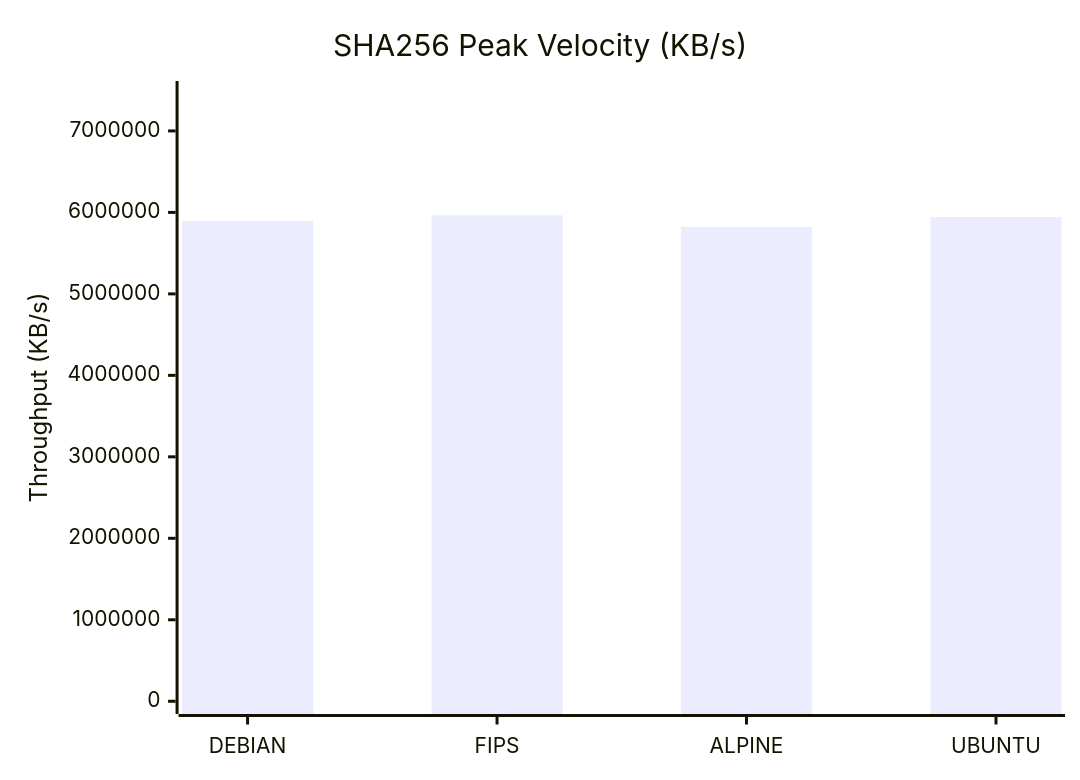
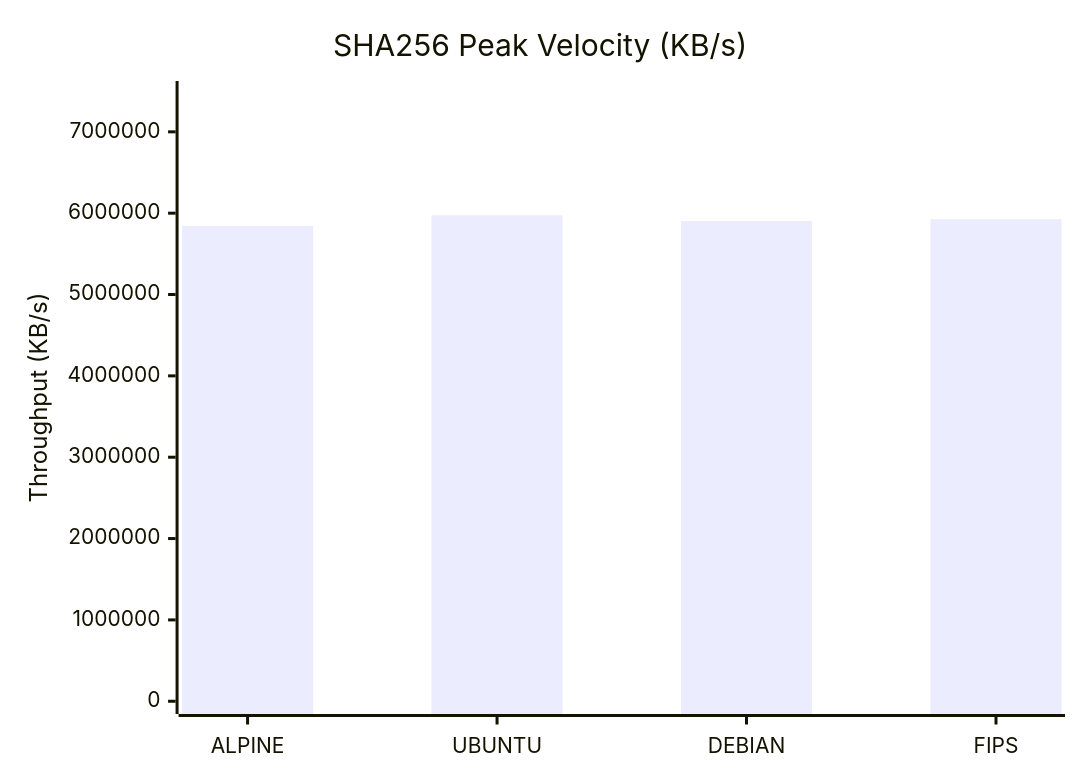
One commit to taha2samy/openssl_fips changed the second of 9 diagrams in docs/Comparison_Report.md. Above: the diagram before and after it, drawn with Mermaid. The commit also changed other lines of this file and 2 other files, not shown here.

````diff
--- a/docs/Comparison_Report.md
+++ b/docs/Comparison_Report.md
@@ -65,7 +65,7 @@
 ```mermaid
 xychart-beta
     title "SHA256 Peak Velocity (KB/s)"
-    x-axis [DEBIAN, FIPS, ALPINE, UBUNTU]
-    y-axis "Throughput (KB/s)" 0 --> 7456331
-    bar [5895413.76, 5965065.42, 5821557.96, 5942635.72]
+    x-axis [ALPINE, UBUNTU, DEBIAN, FIPS]
+    y-axis "Throughput (KB/s)" 0 --> 7468144
+    bar [5843555.12, 5974515.71, 5904211.97, 5926581.04]
 ```
````
